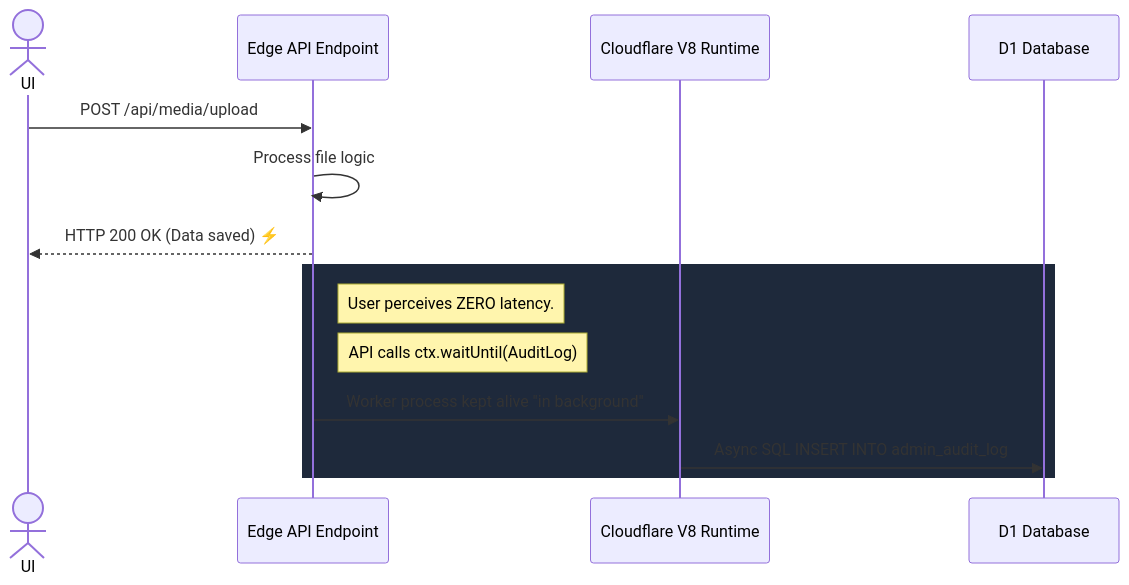
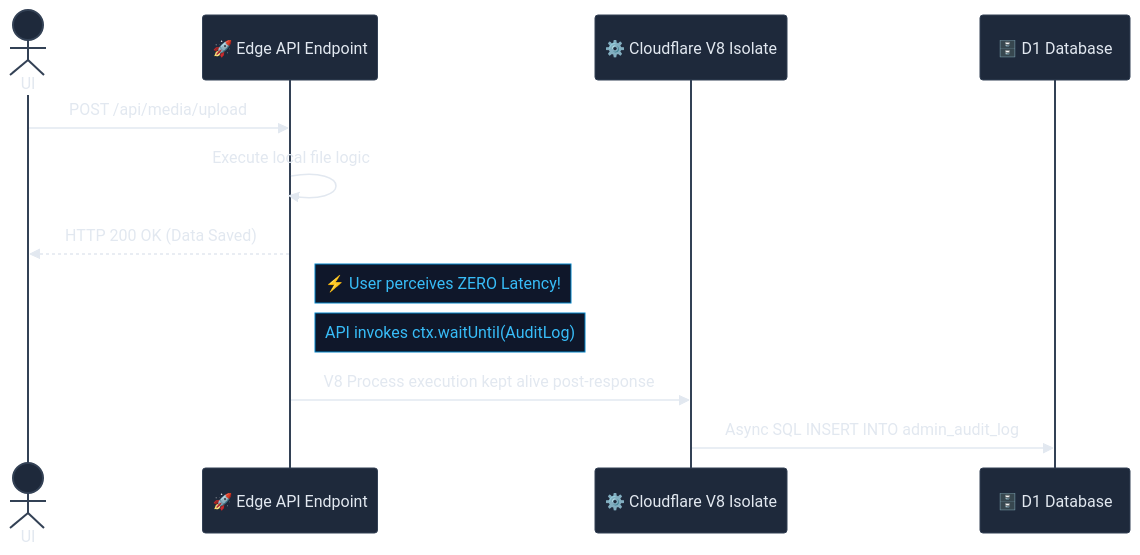
The second of 2 diagrams in lib/PLAC_AND_AUDIT.md (Harshil8136/chess-game), drawn with Mermaid before and after one commit. The commit also changed other lines of this file, not shown here.

````diff
--- a/lib/PLAC_AND_AUDIT.md
+++ b/lib/PLAC_AND_AUDIT.md
@@ -127,18 +125,18 @@
 ```mermaid
+%%{init: {'theme': 'base', 'themeVariables': { 'primaryColor': '#1e293b', 'primaryTextColor': '#e2e8f0', 'primaryBorderColor': '#334155', 'lineColor': '#475569', 'secondaryColor': '#0f172a', 'tertiaryColor': '#020617', 'noteBkgColor': '#0f172a', 'noteTextColor': '#38bdf8', 'noteBorderColor': '#0284c7'}}}%%
 sequenceDiagram
     actor UI
-    participant API as Edge API Endpoint
-    participant V8 as Cloudflare V8 Runtime
-    participant D1 as D1 Database
+    participant API as 🚀 Edge API Endpoint
+    participant V8 as ⚙️ Cloudflare V8 Isolate
+    participant D1 as 🗄️ D1 Database
 
     UI->>API: POST /api/media/upload
-    API->>API: Process file logic
-    API-->>UI: HTTP 200 OK (Data saved) ⚡
+    API->>API: Execute local file logic
+    API-->>UI: HTTP 200 OK (Data Saved)
     
-    rect rgb(30, 41, 59)
-    Note right of API: User perceives ZERO latency.
-    Note right of API: API calls ctx.waitUntil(AuditLog)
-    API->>V8: Worker process kept alive "in background"
+    Note right of API: ⚡ User perceives ZERO Latency!
+    Note right of API: API invokes ctx.waitUntil(AuditLog)
+    
+    API->>V8: V8 Process execution kept alive post-response
     V8->>D1: Async SQL INSERT INTO admin_audit_log
-    end
 ```
````
